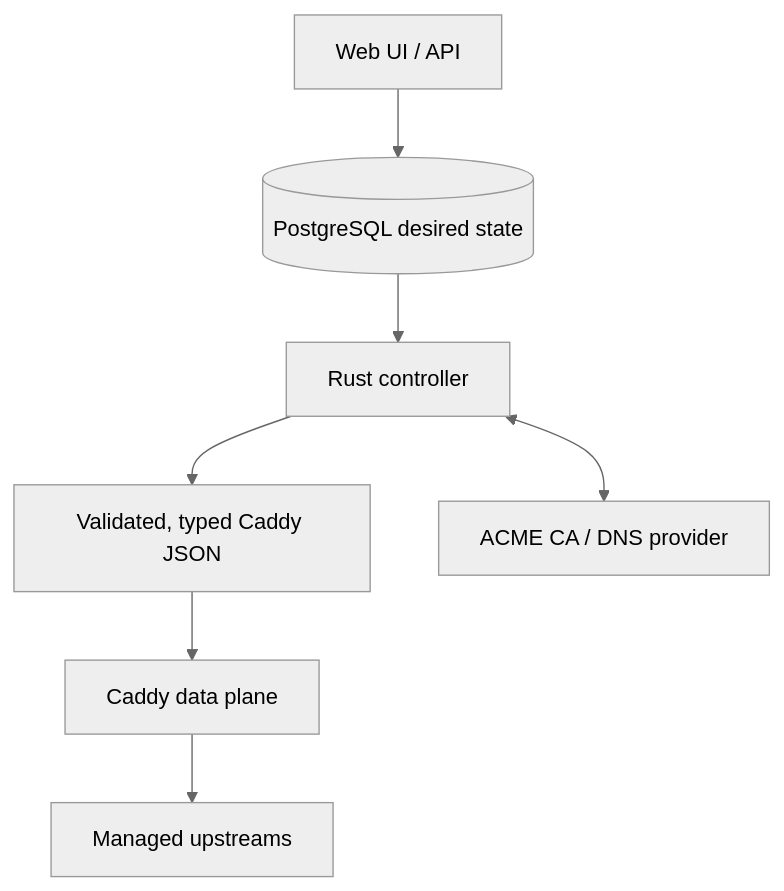
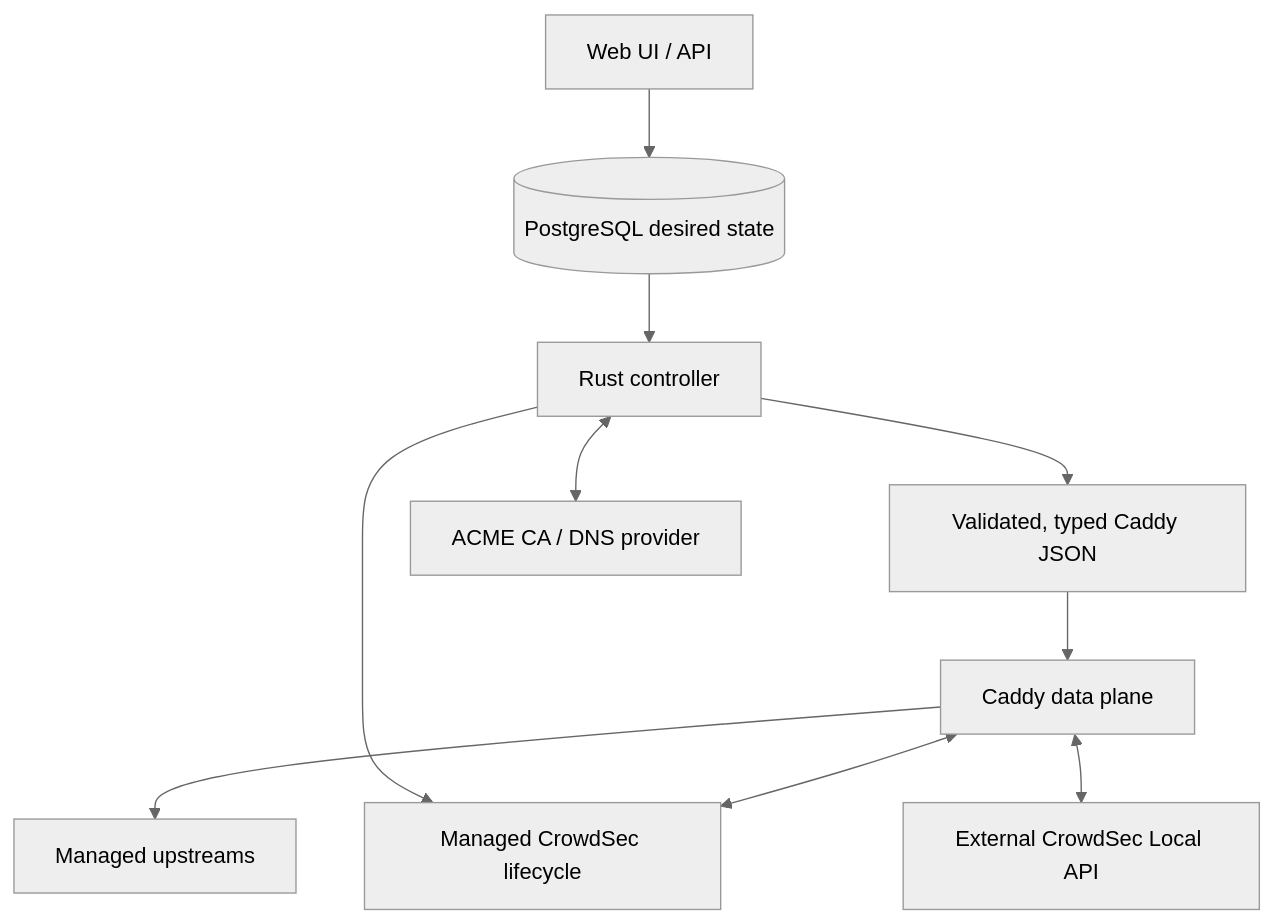
Before and after one commit to RentnerKev/RentnerProxy: the diagram in README.md, drawn with Mermaid (neutral theme). The commit also changed other lines of this file and 82 other files, not shown here.

First line of the commit message:
feat: integrate CrowdSec protection (#136)

````diff
--- a/README.md
+++ b/README.md
@@ -129,9 +131,12 @@
 ```mermaid
 flowchart TD
     A[Web UI / API] --> B[(PostgreSQL desired state)]
     B --> C[Rust controller]
     C --> D[Validated, typed Caddy JSON]
     D --> E[Caddy data plane]
     E --> F[Managed upstreams]
     C <--> G[ACME CA / DNS provider]
+    C --> H[Managed CrowdSec lifecycle]
+    E <--> H
+    E <--> I[External CrowdSec Local API]
 ```
````
